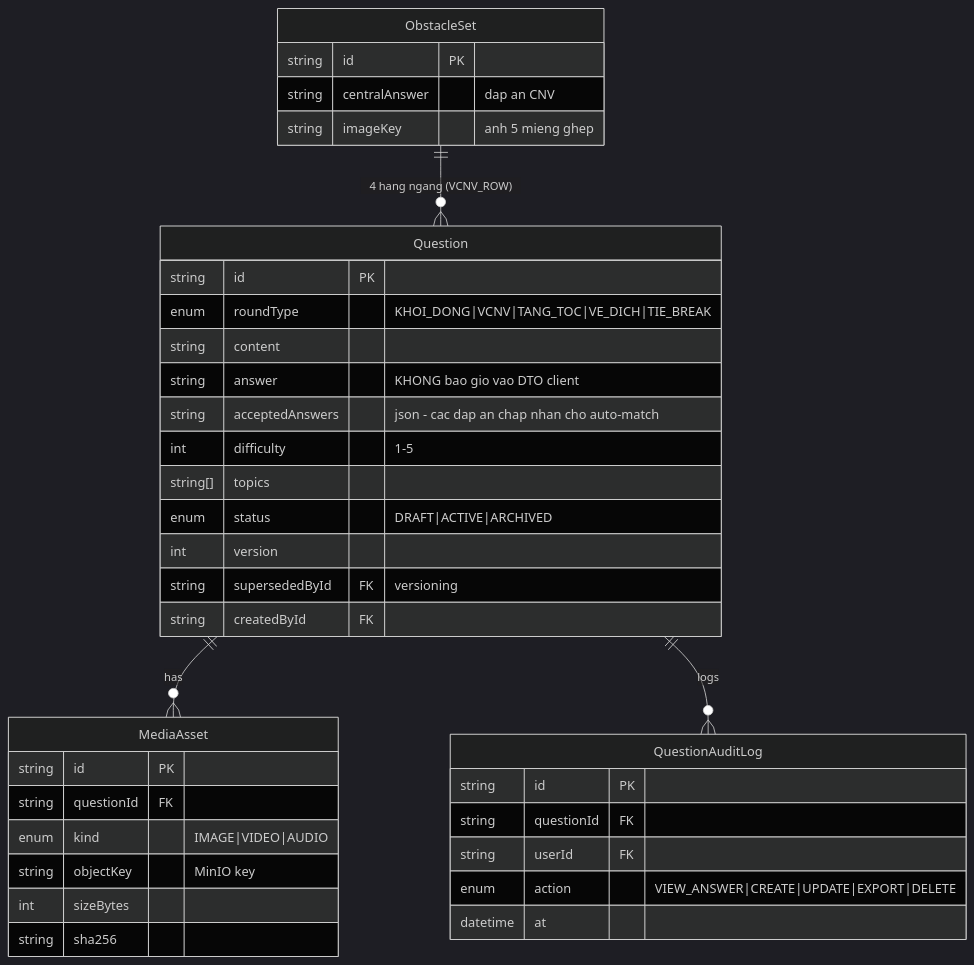
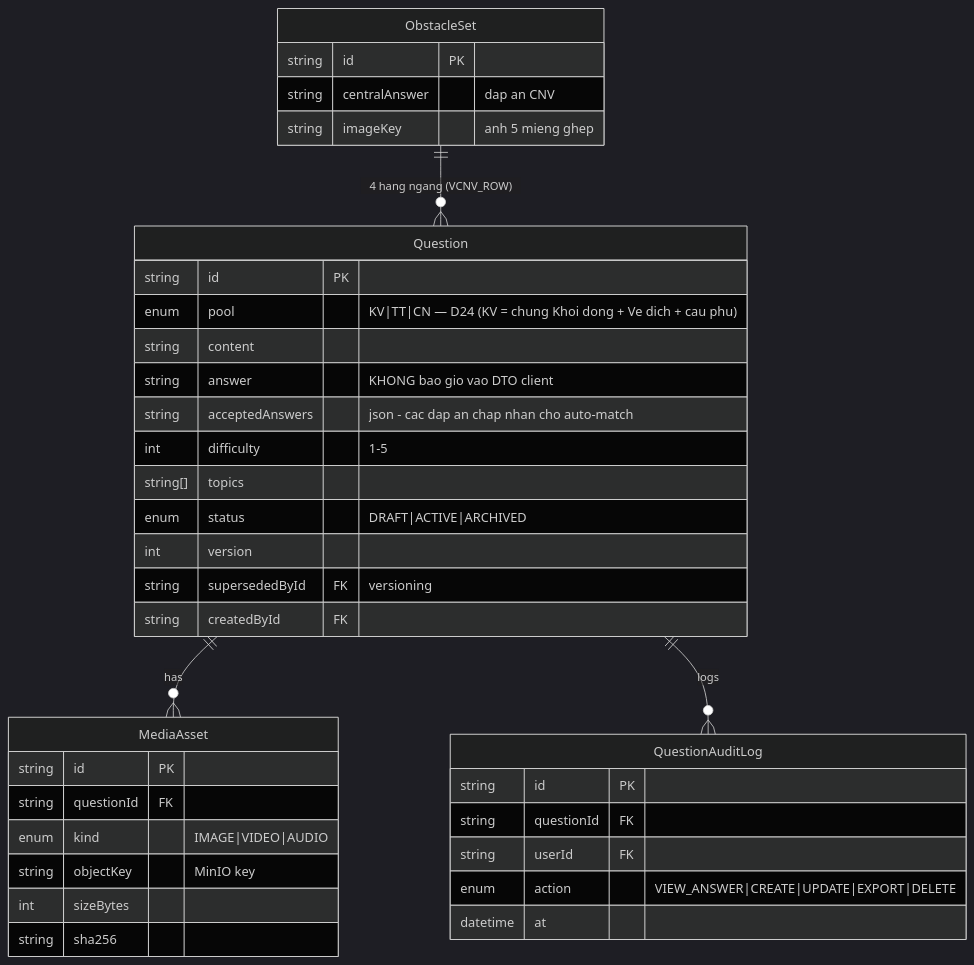
Before and after one commit to Noboroto/KnowledgeDome: the diagram in plans/260711-2340-olympia-contest-system/phase-03-question-bank.md, drawn with Mermaid (dark theme). The commit also changed other lines of this file and 16 other files, not shown here.

````diff
--- a/plans/260711-2340-olympia-contest-system/phase-03-question-bank.md
+++ b/plans/260711-2340-olympia-contest-system/phase-03-question-bank.md
@@ -27,39 +27,39 @@
 ```mermaid
 erDiagram
   Question {
     string id PK
-    enum roundType "KHOI_DONG|VCNV|TANG_TOC|VE_DICH|TIE_BREAK"
+    enum pool "KV|TT|CN — D24 (KV = chung Khoi dong + Ve dich + cau phu)"
     string content
     string answer "KHONG bao gio vao DTO client"
     string acceptedAnswers "json - cac dap an chap nhan cho auto-match"
     int difficulty "1-5"
     string[] topics
     enum status "DRAFT|ACTIVE|ARCHIVED"
     int version
     string supersededById FK "versioning"
     string createdById FK
   }
   MediaAsset {
     string id PK
     string questionId FK
     enum kind "IMAGE|VIDEO|AUDIO"
     string objectKey "MinIO key"
     int sizeBytes
     string sha256
   }
   ObstacleSet {
     string id PK
     string centralAnswer "dap an CNV"
     string imageKey "anh 5 mieng ghep"
   }
   QuestionAuditLog {
     string id PK
     string questionId FK
     string userId FK
     enum action "VIEW_ANSWER|CREATE|UPDATE|EXPORT|DELETE"
     datetime at
   }
   Question ||--o{ MediaAsset : has
   ObstacleSet ||--o{ Question : "4 hang ngang (VCNV_ROW)"
   Question ||--o{ QuestionAuditLog : logs
 ```
````
